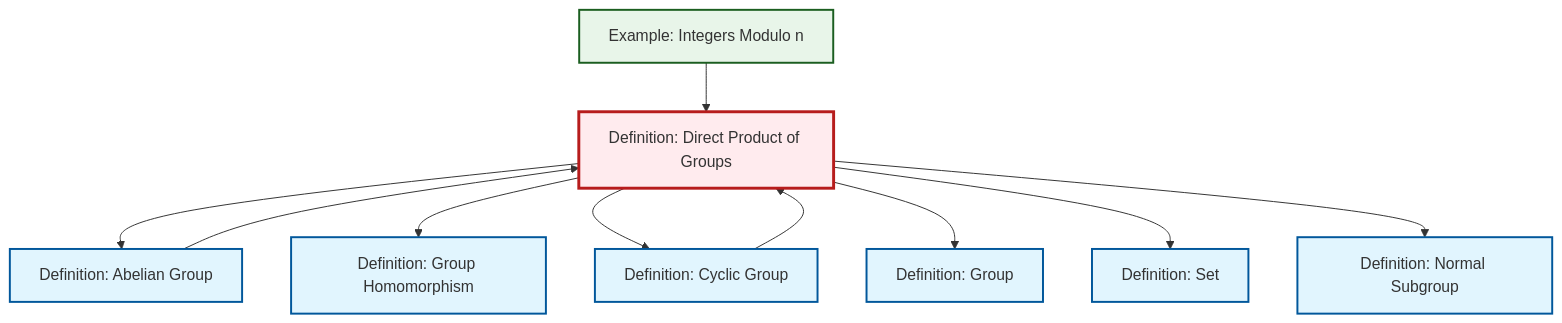
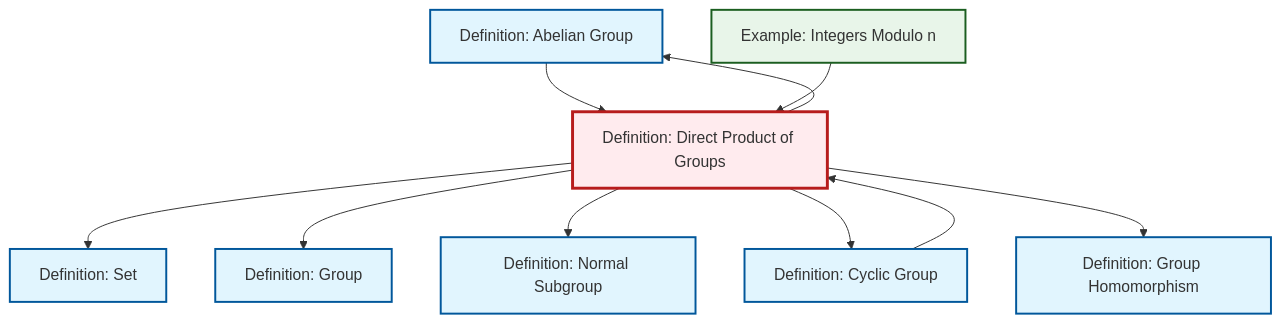
One commit to RK0429/ModernMath changed the diagram in content/ja/algebra/def-direct-product.qmd. Above: the diagram before and after it, drawn with Mermaid. The commit also changed other lines of this file and 531 other files, not shown here.

````diff
--- a/content/ja/algebra/def-direct-product.qmd
+++ b/content/ja/algebra/def-direct-product.qmd
@@ -25,34 +25,34 @@
 ```{mermaid}
 %%| fig-cap: "Local dependency graph"
 graph TD
     classDef definition fill:#e1f5fe,stroke:#01579b,stroke-width:2px
     classDef theorem fill:#f3e5f5,stroke:#4a148c,stroke-width:2px
     classDef axiom fill:#fff3e0,stroke:#e65100,stroke-width:2px
     classDef example fill:#e8f5e9,stroke:#1b5e20,stroke-width:2px
     classDef current fill:#ffebee,stroke:#b71c1c,stroke-width:3px
+    def-abelian-group["Definition: Abelian Group"]:::definition
+    def-cyclic-group["Definition: Cyclic Group"]:::definition
+    def-set["Definition: Set"]:::definition
+    def-group["Definition: Group"]:::definition
     def-normal-subgroup["Definition: Normal Subgroup"]:::definition
+    ex-quotient-integers-mod-n["Example: Integers Modulo n"]:::example
+    def-direct-product["Definition: Direct Product of Groups"]:::definition
     def-homomorphism["Definition: Group Homomorphism"]:::definition
-    def-set["Definition: Set"]:::definition
-    ex-quotient-integers-mod-n["Example: Integers Modulo n"]:::example
-    def-cyclic-group["Definition: Cyclic Group"]:::definition
-    def-group["Definition: Group"]:::definition
-    def-abelian-group["Definition: Abelian Group"]:::definition
-    def-direct-product["Definition: Direct Product of Groups"]:::definition
+    def-direct-product --> def-set
+    def-abelian-group --> def-direct-product
+    def-direct-product --> def-group
+    def-direct-product --> def-normal-subgroup
+    def-cyclic-group --> def-direct-product
+    def-direct-product --> def-cyclic-group
+    def-direct-product --> def-homomorphism
+    ex-quotient-integers-mod-n --> def-direct-product
     def-direct-product --> def-abelian-group
-    ex-quotient-integers-mod-n --> def-direct-product
-    def-abelian-group --> def-direct-product
-    def-direct-product --> def-homomorphism
-    def-direct-product --> def-cyclic-group
-    def-direct-product --> def-group
-    def-direct-product --> def-set
-    def-cyclic-group --> def-direct-product
-    def-direct-product --> def-normal-subgroup
     class def-direct-product current
+    click def-abelian-group "def-abelian-group.html" "Definition: Abelian Groupへ"
+    click def-cyclic-group "def-cyclic-group.html" "Definition: Cyclic Groupへ"
+    click def-set "def-set.html" "Definition: Setへ"
+    click def-group "def-group.html" "Definition: Groupへ"
     click def-normal-subgroup "def-normal-subgroup.html" "Definition: Normal Subgroupへ"
+    click ex-quotient-integers-mod-n "ex-quotient-integers-mod-n.html" "Example: Integers Modulo nへ"
     click def-homomorphism "def-homomorphism.html" "Definition: Group Homomorphismへ"
-    click def-set "def-set.html" "Definition: Setへ"
-    click ex-quotient-integers-mod-n "ex-quotient-integers-mod-n.html" "Example: Integers Modulo nへ"
-    click def-cyclic-group "def-cyclic-group.html" "Definition: Cyclic Groupへ"
-    click def-group "def-group.html" "Definition: Groupへ"
-    click def-abelian-group "def-abelian-group.html" "Definition: Abelian Groupへ"
 ```
````
